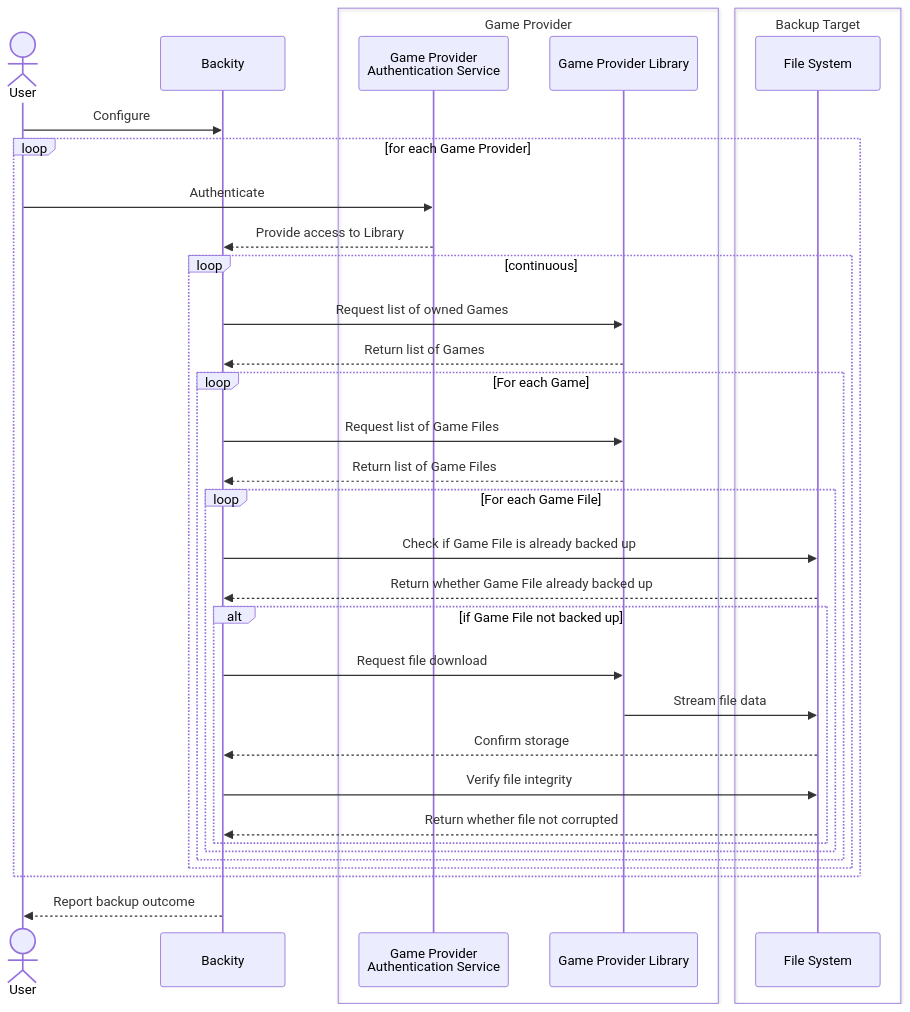
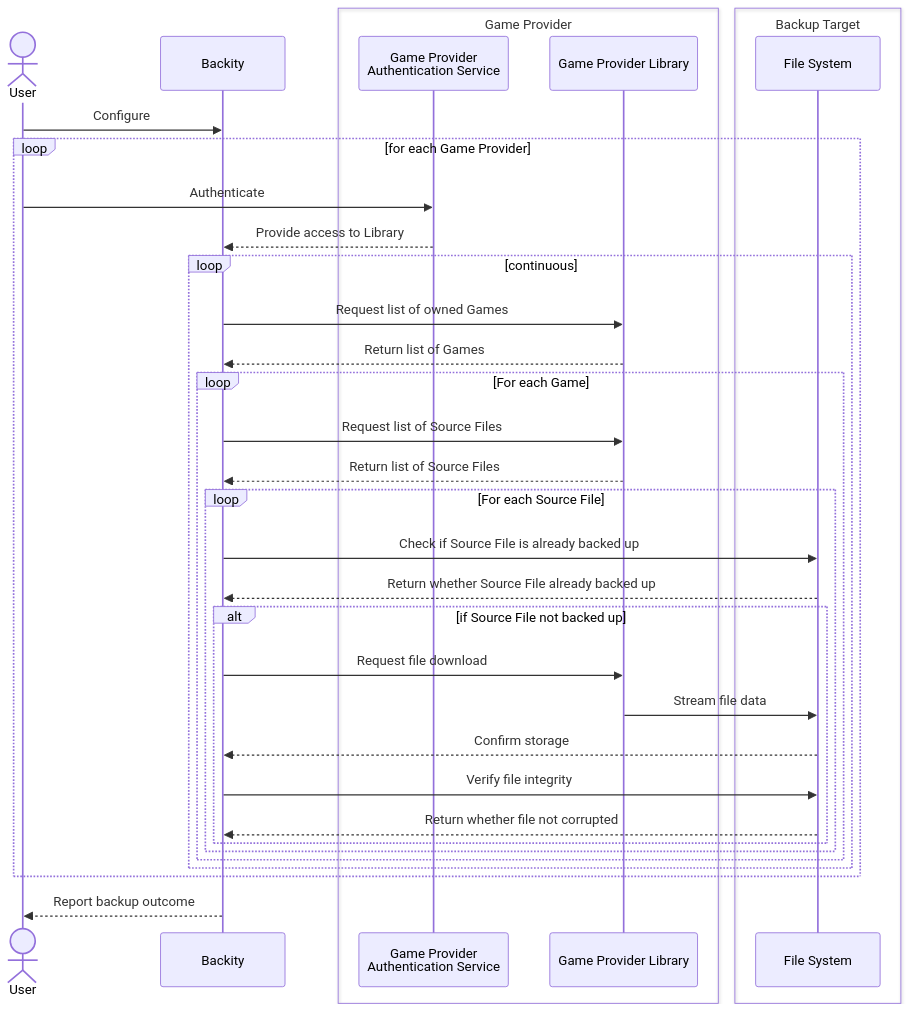
The second of 2 diagrams in docs/backup-workflow.md (daniel-frak/backity), drawn with Mermaid before and after one commit. The commit also changed other lines of this file and 239 other files, not shown here.

Commit message:
feat: Rename GameFile to FileSource

````diff
--- a/docs/backup-workflow.md
+++ b/docs/backup-workflow.md
@@ -53,43 +53,43 @@
 ```mermaid
 sequenceDiagram
     actor User
     participant Backity
     box transparent Game Provider
         participant GameProviderAuth as Game Provider <br> Authentication Service
         participant GameProviderLibrary as Game Provider Library
     end
     box transparent Backup Target
         participant FileSystem as File System
     end
 
     User->>Backity: Configure
 
     loop for each Game Provider
         User->>GameProviderAuth: Authenticate
         GameProviderAuth-->>Backity: Provide access to Library
 
         loop continuous
             Backity->>GameProviderLibrary: Request list of owned Games
             GameProviderLibrary-->>Backity: Return list of Games
 
             loop For each Game
-                Backity->>GameProviderLibrary: Request list of Game Files
-                GameProviderLibrary-->>Backity: Return list of Game Files
+                Backity->>GameProviderLibrary: Request list of Source Files
+                GameProviderLibrary-->>Backity: Return list of Source Files
 
-                loop For each Game File
-                    Backity->>FileSystem: Check if Game File is already backed up
-                    FileSystem-->>Backity: Return whether Game File already backed up
-                    alt if Game File not backed up
+                loop For each Source File
+                    Backity->>FileSystem: Check if Source File is already backed up
+                    FileSystem-->>Backity: Return whether Source File already backed up
+                    alt if Source File not backed up
                         Backity->>GameProviderLibrary: Request file download
                         GameProviderLibrary->>FileSystem: Stream file data
                         FileSystem-->>Backity: Confirm storage
                         Backity->>FileSystem: Verify file integrity
                         FileSystem-->>Backity: Return whether file not corrupted
                     end
                 end
             end
         end
     end
 
     Backity-->>User: Report backup outcome
 ```
````
